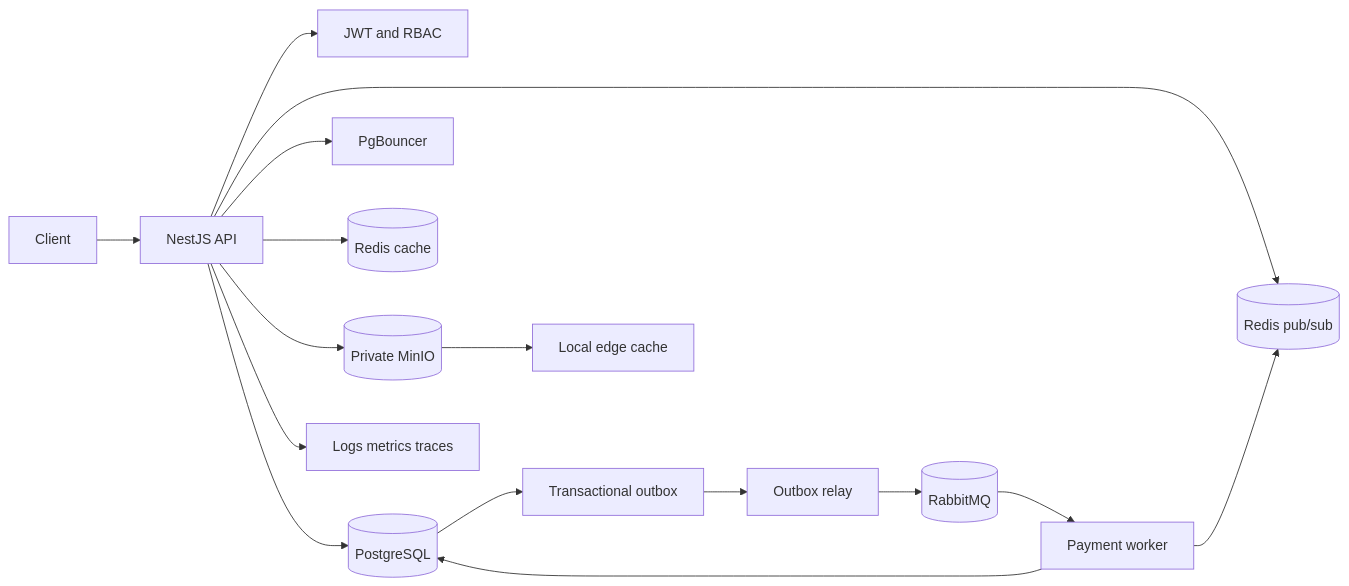
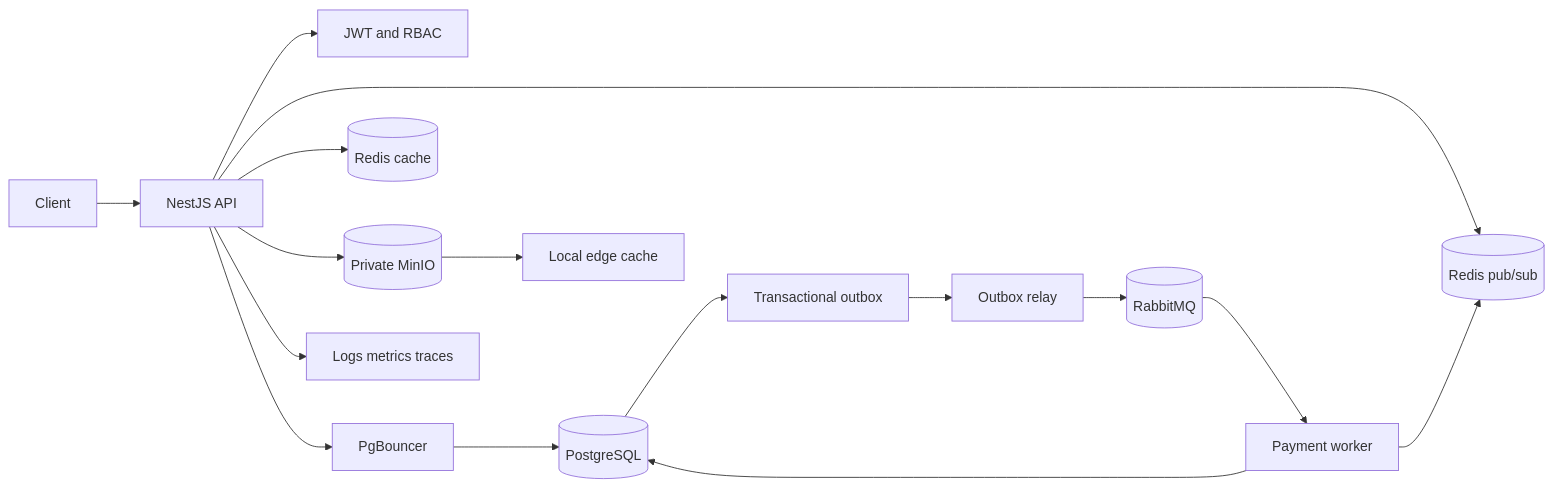
Before and after one commit to Anastasiya-B/rbdrm-course-project: the first of 2 diagrams in README.md, drawn with Mermaid. The commit also changed other lines of this file and 5 other files, not shown here.

````diff
--- a/README.md
+++ b/README.md
@@ -38,18 +38,18 @@
 ```mermaid
 flowchart LR
-      Client --> API[NestJS API]
-      API --> Auth[JWT and RBAC]
-      API --> DB[(PostgreSQL)]
-      API --> Pool[PgBouncer]
-      API --> Cache[(Redis cache)]
-      API --> Events[(Redis pub/sub)]
-      API --> Store[(Private MinIO)]
-      DB --> Outbox[Transactional outbox]
-      Outbox --> Relay[Outbox relay]
-      Relay --> MQ[(RabbitMQ)]
-      MQ --> Worker[Payment worker]
-      Worker --> DB
-      Worker --> Events
-      API --> Obs[Logs metrics traces]
-  Store --> CDN[Local edge cache]
+  Client[Client] --> API[NestJS API]
+  API --> Auth[JWT and RBAC]
+  API --> Pool[PgBouncer]
+  Pool --> DB[(PostgreSQL)]
+  API --> Cache[(Redis cache)]
+  API --> PubSub[(Redis pub/sub)]
+  API --> Store[(Private MinIO)]
+  DB --> Outbox[Transactional outbox]
+  Outbox --> Relay[Outbox relay]
+  Relay --> MQ[(RabbitMQ)]
+  MQ --> Worker[Payment worker]
+  Worker --> DB
+  Worker --> PubSub
+  API --> Obs[Logs metrics traces]
+  Store --> Edge[Local edge cache]
 ```
````
